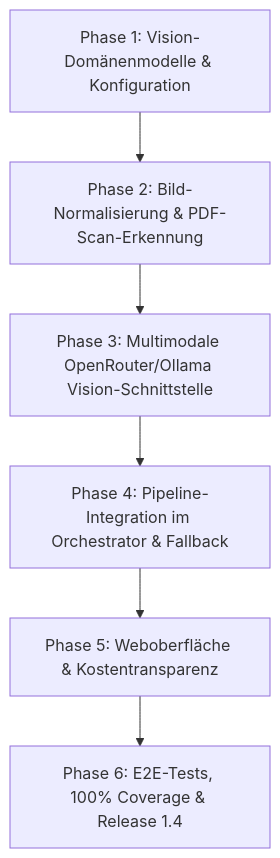
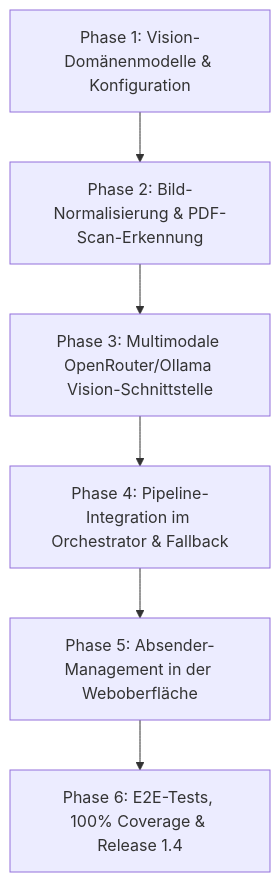
One commit to Teichhofer/Mailhelp changed the diagram in docs/Planung-1.4.md. Above: the diagram before and after it, drawn with Mermaid. The commit also changed other lines of this file and 1 other file, not shown here.

First line of the commit message:
docs(v1.4): Absender-Management in der Mail-Detailansicht der Weboberfläche ergänzt

````diff
--- a/docs/Planung-1.4.md
+++ b/docs/Planung-1.4.md
@@ -70,8 +72,8 @@
 ```mermaid
 flowchart TD
     M1[Phase 1: Vision-Domänenmodelle & Konfiguration] --> M2[Phase 2: Bild-Normalisierung & PDF-Scan-Erkennung]
     M2 --> M3[Phase 3: Multimodale OpenRouter/Ollama Vision-Schnittstelle]
     M3 --> M4[Phase 4: Pipeline-Integration im Orchestrator & Fallback]
-    M4 --> M5[Phase 5: Weboberfläche & Kostentransparenz]
+    M4 --> M5[Phase 5: Absender-Management in der Weboberfläche]
     M5 --> M6[Phase 6: E2E-Tests, 100% Coverage & Release 1.4]
 ```
````
